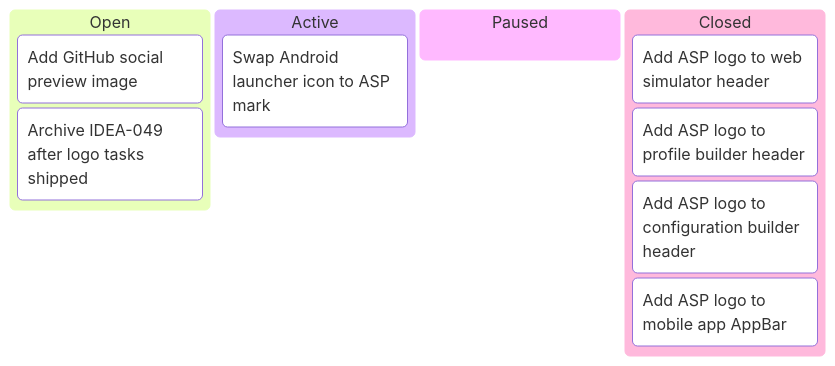
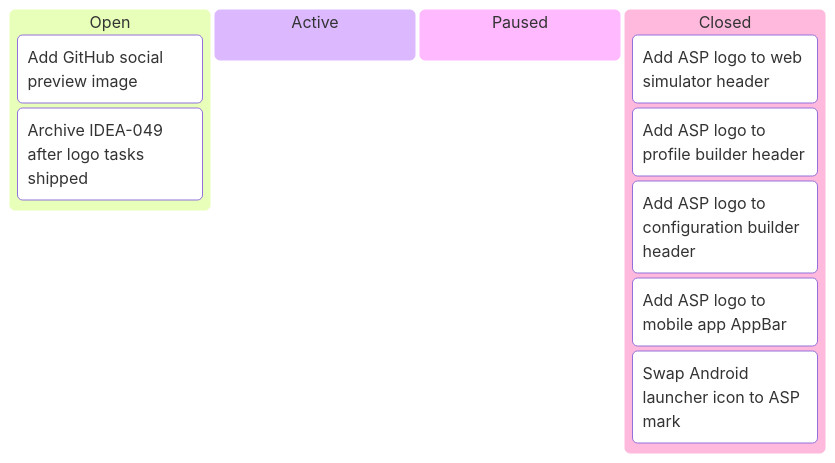
One commit to tgd1975/AwesomeStudioPedal changed the fifth of 7 diagrams in docs/developers/tasks/KANBAN.md. Above: the diagram before and after it, drawn with Mermaid. The commit also changed other lines of this file and 3 other files, not shown here.

Commit message:
close TASK-345: Swap Android launcher icon to ASP mark

````diff
--- a/docs/developers/tasks/KANBAN.md
+++ b/docs/developers/tasks/KANBAN.md
@@ -82,14 +82,14 @@
 ```mermaid
 kanban
   Open
     TASK_343["Add GitHub social preview image"]
     TASK_344["Archive IDEA-049 after logo tasks shipped"]
   Active
-    TASK_345["Swap Android launcher icon to ASP mark"]
   Paused
   Closed
     TASK_339["Add ASP logo to web simulator header"]
     TASK_340["Add ASP logo to profile builder header"]
     TASK_341["Add ASP logo to configuration builder header"]
     TASK_342["Add ASP logo to mobile app AppBar"]
+    TASK_345["Swap Android launcher icon to ASP mark"]
 ```
````
